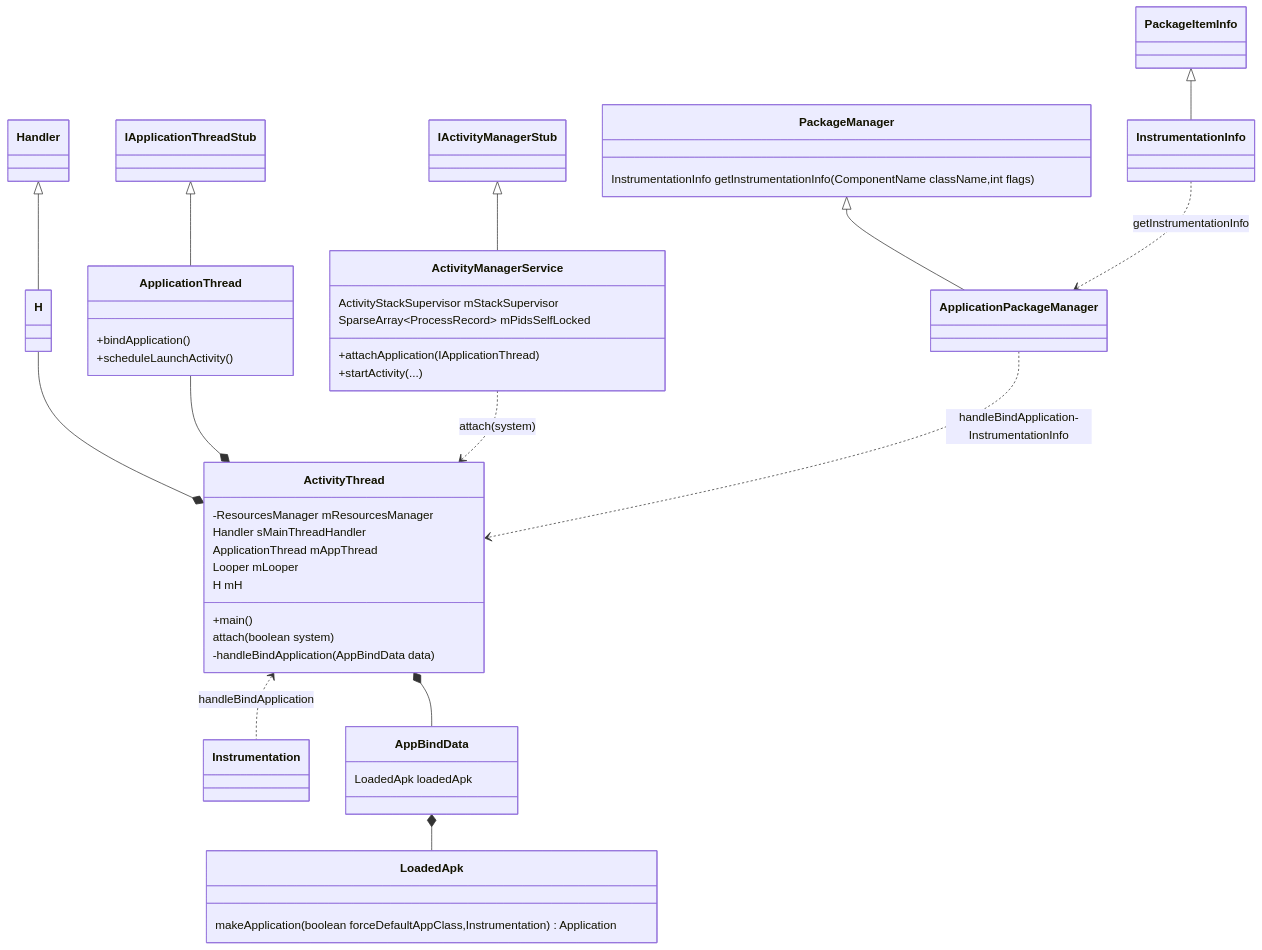
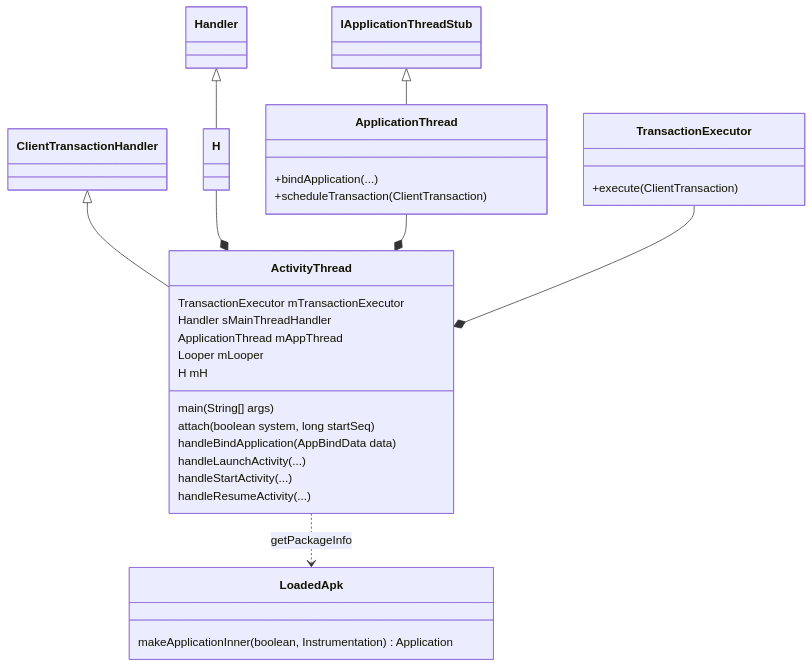
Before and after one commit to coswit/coswit.github.io: the second of 7 diagrams in Android/Android源码分析/AndroidActivity源码分析.md, drawn with Mermaid. The commit also changed other lines of this file and 1 other file, not shown here.

````diff
--- a/Android/Android源码分析/AndroidActivity源码分析.md
+++ b/Android/Android源码分析/AndroidActivity源码分析.md
@@ -46,61 +47,43 @@
 ```mermaid
 classDiagram
 class ActivityThread {
-	-ResourcesManager mResourcesManager
+	TransactionExecutor mTransactionExecutor
 	Handler sMainThreadHandler
 	ApplicationThread mAppThread
 	Looper mLooper
 	H mH
 
-	+main()
-	attach(boolean system)
-	-handleBindApplication(AppBindData data)
+	main(String[] args)
+	attach(boolean system, long startSeq)
+	handleBindApplication(AppBindData data)
+	handleLaunchActivity(...)
+	handleStartActivity(...)
+	handleResumeActivity(...)
 }
+
+ClientTransactionHandler <|-- ActivityThread
 
 Handler <|-- H
 
 H --* ActivityThread
 
 class ApplicationThread{
-	+bindApplication()
-	+scheduleLaunchActivity()
+	+bindApplication(...)
+	+scheduleTransaction(ClientTransaction)
 }
 
 ApplicationThread --* ActivityThread
 IApplicationThreadStub <|-- ApplicationThread
 
-class ActivityManagerService{
-	ActivityStackSupervisor mStackSupervisor
-	SparseArray~ProcessRecord~ mPidsSelfLocked
-	+attachApplication(IApplicationThread)
-	+startActivity(...)
-}
-ActivityManagerService ..> ActivityThread : attach(system)
-
-IActivityManagerStub <|-- ActivityManagerService
-
-PackageItemInfo <|-- InstrumentationInfo
-
-PackageManager <|-- ApplicationPackageManager
-
-class PackageManager{
-	InstrumentationInfo getInstrumentationInfo(ComponentName className,int flags)
+class TransactionExecutor{
+	+execute(ClientTransaction)
 }
 
-InstrumentationInfo ..> ApplicationPackageManager : getInstrumentationInfo
-
-ApplicationPackageManager ..> ActivityThread : handleBindApplication-InstrumentationInfo
-
-ActivityThread < .. Instrumentation : handleBindApplication
+TransactionExecutor --* ActivityThread
 
 class LoadedApk{
-	makeApplication(boolean forceDefaultAppClass,Instrumentation) Application
+	makeApplicationInner(boolean, Instrumentation) Application
 }
 
-AppBindData *-- LoadedApk
-class AppBindData{
-	LoadedApk loadedApk
-}
-
-ActivityThread *-- AppBindData
+ActivityThread ..> LoadedApk : getPackageInfo
 ```
````
